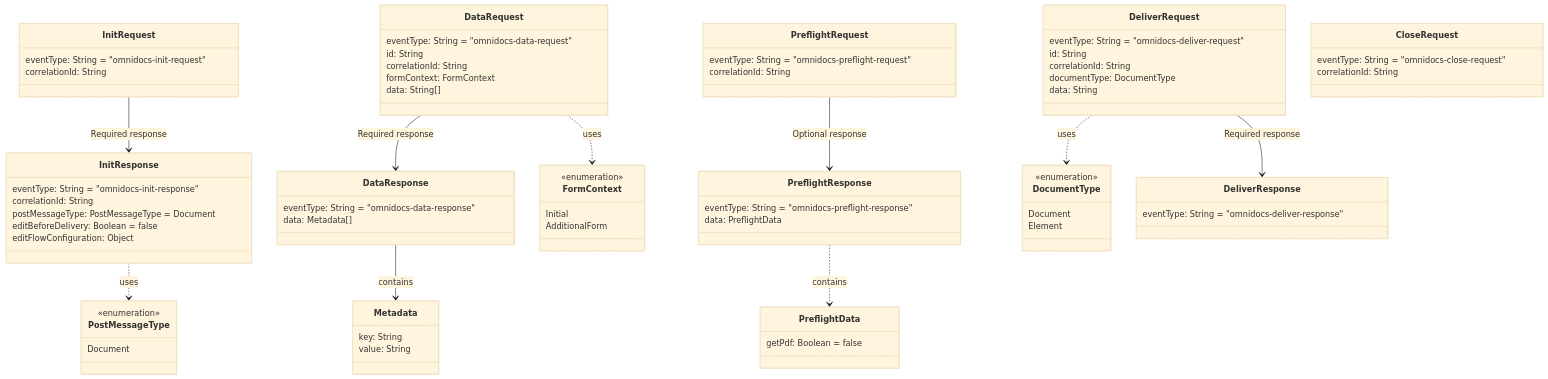
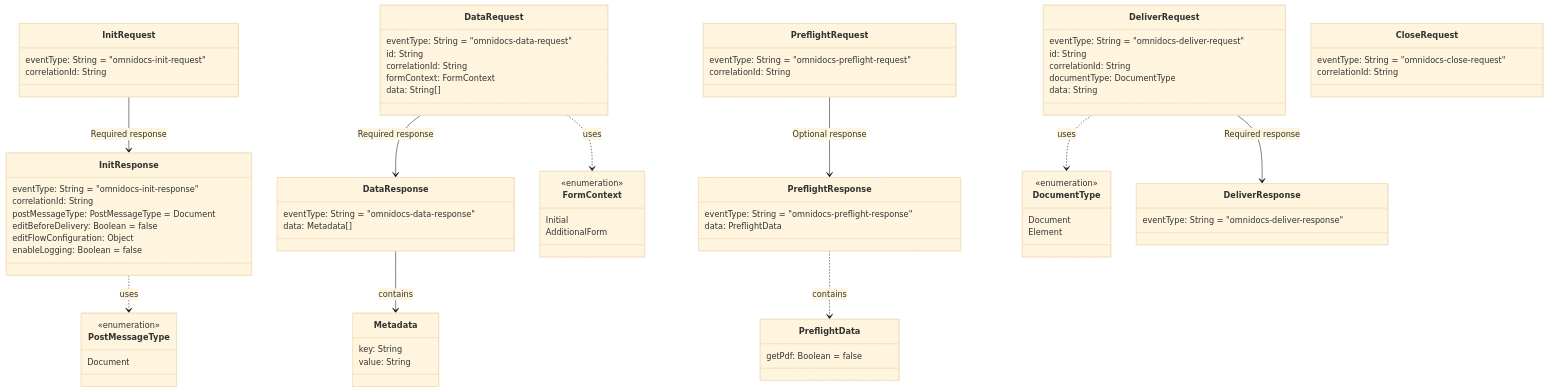
The second of 2 diagrams in readme.md (Omnidocs/AppFlow), drawn with Mermaid (base theme) before and after one commit. The commit also changed other lines of this file, not shown here.

```diff
--- a/readme.md
+++ b/readme.md
@@ -83,6 +84,7 @@
         postMessageType: PostMessageType = Document
         editBeforeDelivery: Boolean = false
         editFlowConfiguration: Object
+        enableLogging: Boolean = false
     }
 
     class PostMessageType {
```
